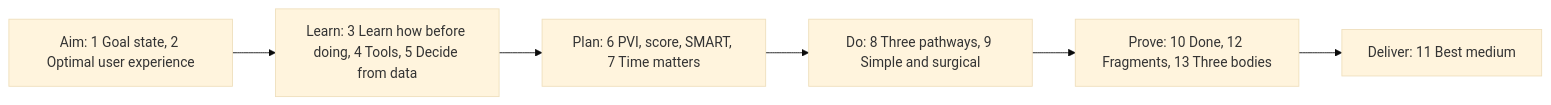
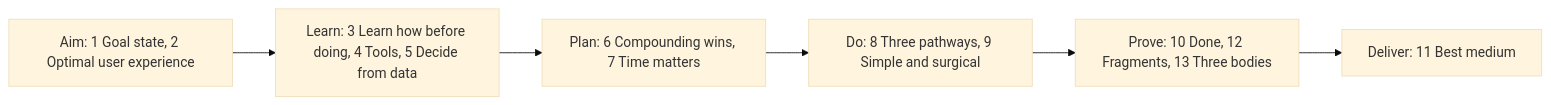
The diagram in README.md (SolenixAI/arbiter), drawn with Mermaid (base theme) before and after one commit. The commit also changed 1 other file, not shown here.

First paragraph of the commit message:
docs(agents): section 6 is Compounding wins, the three-body ratchet (#18)
* docs(agents): section 6 is "Why, then measured wins", in four steps

````diff
--- a/README.md
+++ b/README.md
@@ -21,6 +21,6 @@
 ```mermaid
 flowchart LR
   A["Aim: 1 Goal state, 2 Optimal user experience"] --> L["Learn: 3 Learn how before doing, 4 Tools, 5 Decide from data"]
-  L --> P["Plan: 6 PVI, score, SMART, 7 Time matters"] --> D["Do: 8 Three pathways, 9 Simple and surgical"]
+  L --> P["Plan: 6 Compounding wins, 7 Time matters"] --> D["Do: 8 Three pathways, 9 Simple and surgical"]
   D --> V["Prove: 10 Done, 12 Fragments, 13 Three bodies"] --> O["Deliver: 11 Best medium"]
 ```
````
